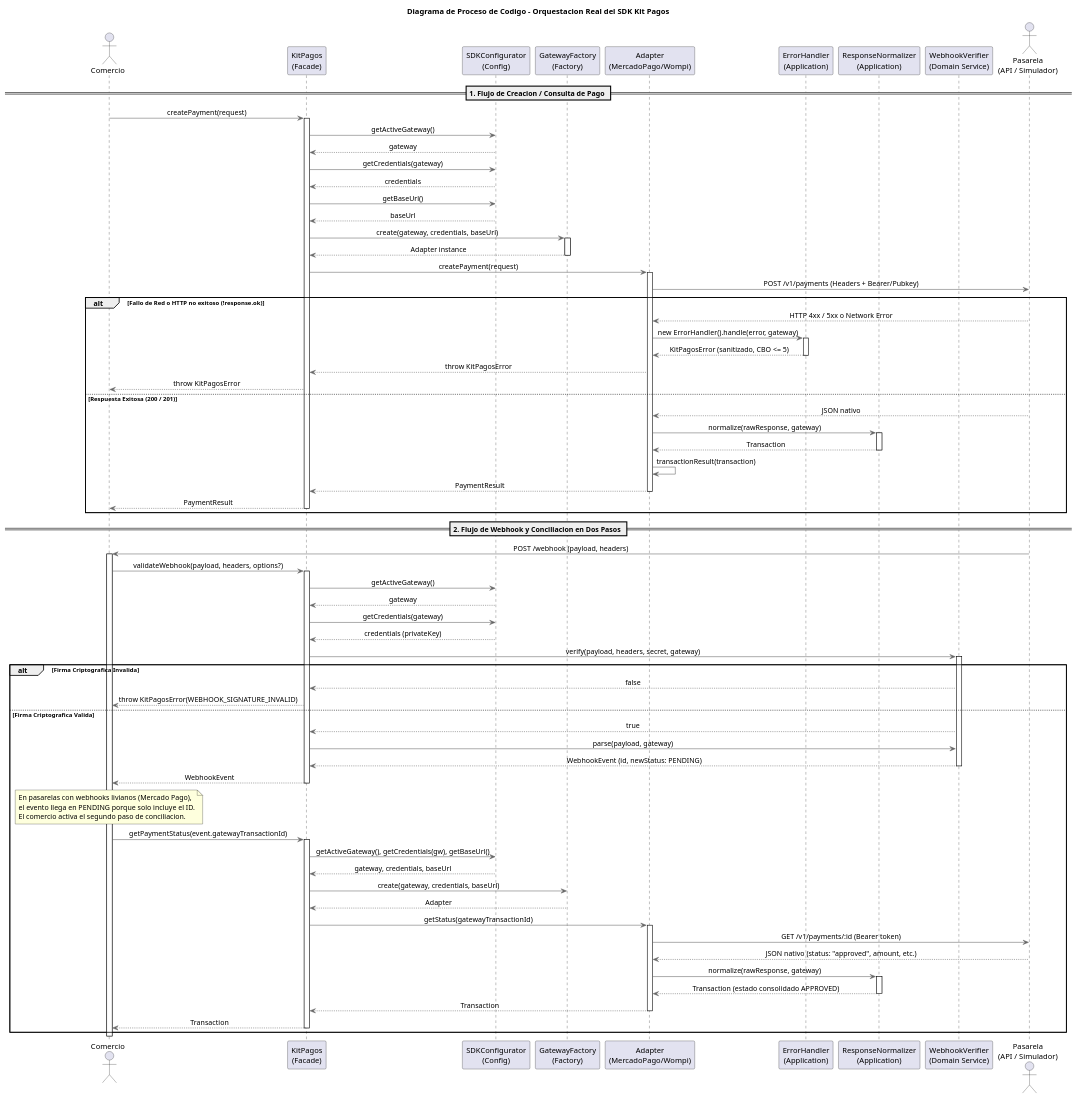
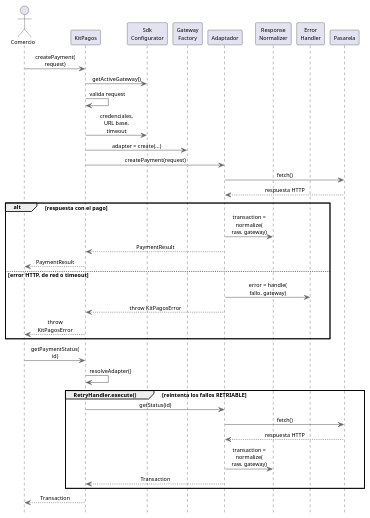
Before and after one commit to PurosBrothers/Kit-Pagos-Colombia---Tesis: the diagram in docs/architecture/SDK/diagrams-source/sequence-sdk-code-orchestration.puml, drawn with PlantUML. The commit also changed 12 other files, not shown here.

First line of the commit message:
docs(docs): redraw SDK orchestration figure and reword copied prose

```diff
--- a/docs/architecture/SDK/diagrams-source/sequence-sdk-code-orchestration.puml
+++ b/docs/architecture/SDK/diagrams-source/sequence-sdk-code-orchestration.puml
@@ -1,114 +1,56 @@
 @startuml Sequence Diagram - SDK Code Orchestration
-title Diagrama de Proceso de Codigo - Orquestacion Real del SDK Kit Pagos
 skinparam backgroundColor white
+skinparam defaultFontName Helvetica
+skinparam defaultFontSize 10
+skinparam titleFontSize 11
+skinparam ParticipantFontSize 10
+skinparam ActorFontSize 10
+skinparam ArrowFontSize 10
+skinparam NoteFontSize 10
+skinparam SequenceGroupFontSize 10
+skinparam SequenceGroupHeaderFontSize 10
+skinparam SequenceDividerFontSize 10
+skinparam maxMessageSize 120
+hide footbox
 skinparam sequenceMessageAlign center
 skinparam ArrowColor #666666
 skinparam LifeLineBorderColor #666666
 
-actor "Comercio" as Comercio
-participant "KitPagos\n(Facade)" as Facade
-participant "SDKConfigurator\n(Config)" as Config
-participant "GatewayFactory\n(Factory)" as Factory
-participant "Adapter\n(MercadoPago/Wompi)" as Adapter
-participant "ErrorHandler\n(Application)" as ErrorH
-participant "ResponseNormalizer\n(Application)" as Normalizer
-participant "WebhookVerifier\n(Domain Service)" as Verifier
-actor "Pasarela\n(API / Simulador)" as GatewayAPI
+actor "Comercio" as C
+participant "KitPagos" as K
+participant "Sdk\nConfigurator" as Cfg
+participant "Gateway\nFactory" as F
+participant "Adaptador" as A
+participant "Response\nNormalizer" as N
+participant "Error\nHandler" as E
+participant "Pasarela" as P
 
-== 1. Flujo de Creacion / Consulta de Pago ==
-Comercio -> Facade : createPayment(request)
-activate Facade
-
-Facade -> Config : getActiveGateway()
-Config --> Facade : gateway
-Facade -> Config : getCredentials(gateway)
-Config --> Facade : credentials
-Facade -> Config : getBaseUrl()
-Config --> Facade : baseUrl
-
-Facade -> Factory : create(gateway, credentials, baseUrl)
-activate Factory
-Factory --> Facade : Adapter instance
-deactivate Factory
-
-Facade -> Adapter : createPayment(request)
-activate Adapter
-
-Adapter -> GatewayAPI : POST /v1/payments (Headers + Bearer/Pubkey)
-
-alt Fallo de Red o HTTP no exitoso (!response.ok)
-  GatewayAPI --> Adapter : HTTP 4xx / 5xx o Network Error
-  Adapter -> ErrorH : new ErrorHandler().handle(error, gateway)
-  activate ErrorH
-  ErrorH --> Adapter : KitPagosError (sanitizado, CBO <= 5)
-  deactivate ErrorH
-  Adapter --> Facade : throw KitPagosError
-  Facade --> Comercio : throw KitPagosError
-else Respuesta Exitosa (200 / 201)
-  GatewayAPI --> Adapter : JSON nativo
-  Adapter -> Normalizer : normalize(rawResponse, gateway)
-  activate Normalizer
-  Normalizer --> Adapter : Transaction
-  deactivate Normalizer
-  Adapter -> Adapter : transactionResult(transaction)
-  Adapter --> Facade : PaymentResult
-  deactivate Adapter
-  Facade --> Comercio : PaymentResult
-  deactivate Facade
+C -> K : createPayment(\nrequest)
+K -> Cfg : getActiveGateway()
+K -> K : valida request
+K -> Cfg : credenciales,\nURL base,\ntimeout
+K -> F : adapter = create(...)
+K -> A : createPayment(request)
+A -> P : fetch()
+P --> A : respuesta HTTP
+alt respuesta con el pago
+  A -> N : transaction =\nnormalize(\nraw, gateway)
+  A --> K : PaymentResult
+  K --> C : PaymentResult
+else error HTTP, de red o timeout
+  A -> E : error = handle(\nfallo, gateway)
+  A --> K : throw KitPagosError
+  K --> C : throw\nKitPagosError
 end
 
-== 2. Flujo de Webhook y Conciliacion en Dos Pasos ==
-GatewayAPI -> Comercio : POST /webhook (payload, headers)
-activate Comercio
-
-Comercio -> Facade : validateWebhook(payload, headers, options?)
-activate Facade
-
-Facade -> Config : getActiveGateway()
-Config --> Facade : gateway
-Facade -> Config : getCredentials(gateway)
-Config --> Facade : credentials (privateKey)
-
-Facade -> Verifier : verify(payload, headers, secret, gateway)
-activate Verifier
-
-alt Firma Criptografica Invalida
-  Verifier --> Facade : false
-  Facade --> Comercio : throw KitPagosError(WEBHOOK_SIGNATURE_INVALID)
-else Firma Criptografica Valida
-  Verifier --> Facade : true
-  Facade -> Verifier : parse(payload, gateway)
-  Verifier --> Facade : WebhookEvent (id, newStatus: PENDING)
-  deactivate Verifier
-  Facade --> Comercio : WebhookEvent
-  deactivate Facade
-
-  note over Comercio
-    En pasarelas con webhooks livianos (Mercado Pago),
-    el evento llega en PENDING porque solo incluye el ID.
-    El comercio activa el segundo paso de conciliacion.
-  end note
-
-  Comercio -> Facade : getPaymentStatus(event.gatewayTransactionId)
-  activate Facade
-  Facade -> Config : getActiveGateway(), getCredentials(gw), getBaseUrl()
-  Config --> Facade : gateway, credentials, baseUrl
-  Facade -> Factory : create(gateway, credentials, baseUrl)
-  Factory --> Facade : Adapter
-  Facade -> Adapter : getStatus(gatewayTransactionId)
-  activate Adapter
-  Adapter -> GatewayAPI : GET /v1/payments/:id (Bearer token)
-  GatewayAPI --> Adapter : JSON nativo (status: "approved", amount, etc.)
-  Adapter -> Normalizer : normalize(rawResponse, gateway)
-  activate Normalizer
-  Normalizer --> Adapter : Transaction (estado consolidado APPROVED)
-  deactivate Normalizer
-  Adapter --> Facade : Transaction
-  deactivate Adapter
-  Facade --> Comercio : Transaction
-  deactivate Facade
+C -> K : getPaymentStatus(\nid)
+K -> K : resolveAdapter()
+group RetryHandler.execute() [reintenta los fallos RETRIABLE]
+  K -> A : getStatus(id)
+  A -> P : fetch()
+  P --> A : respuesta HTTP
+  A -> N : transaction =\nnormalize(\nraw, gateway)
+  A --> K : Transaction
 end
-
-deactivate Comercio
-
+K --> C : Transaction
 @enduml
```
